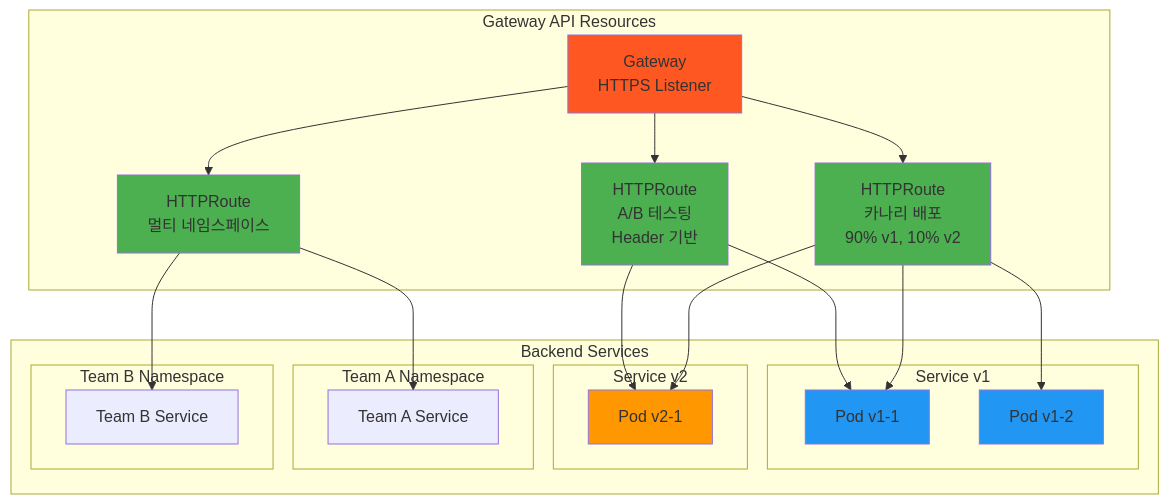
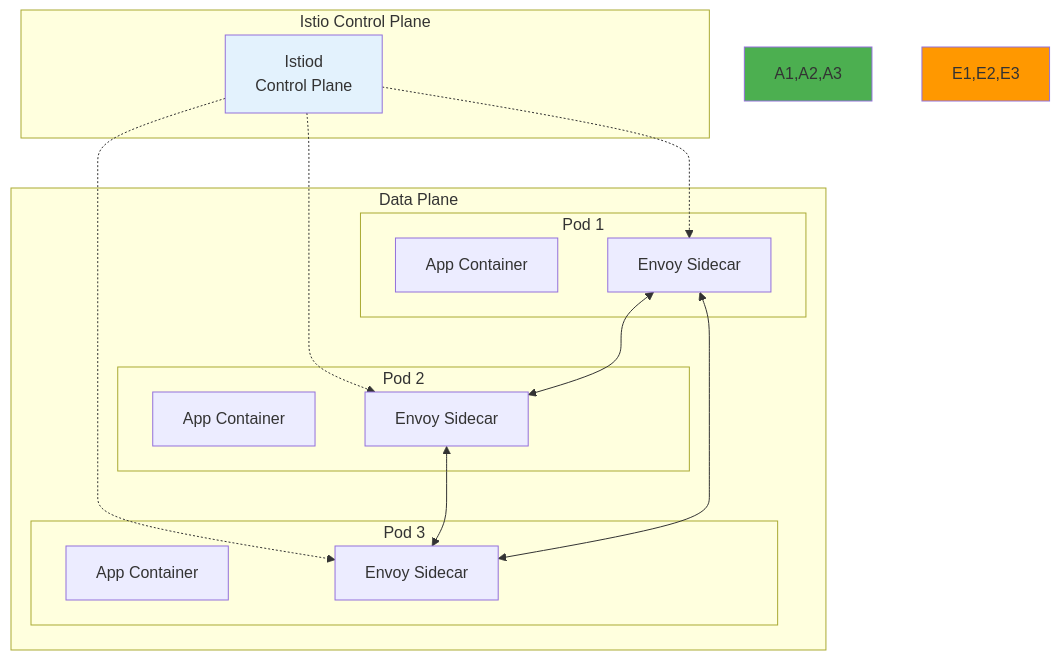
The second of 2 diagrams in theory/week_04/day2/README.md (niceguy61/kdt_devops_lecture_2025), drawn with Mermaid before and after one commit. The commit also changed other lines of this file and 12 other files, not shown here.

````diff
--- a/theory/week_04/day2/README.md
+++ b/theory/week_04/day2/README.md
@@ -311,50 +231,35 @@
 ```mermaid
 graph TB
-    subgraph "Gateway API Resources"
-        GW[Gateway<br/>HTTPS Listener]
-        HR1[HTTPRoute<br/>카나리 배포<br/>90% v1, 10% v2]
-        HR2[HTTPRoute<br/>A/B 테스팅<br/>Header 기반]
-        HR3[HTTPRoute<br/>멀티 네임스페이스]
+    subgraph "Istio Control Plane"
+        Istiod[Istiod<br/>Control Plane]
     end
     
-    subgraph "Backend Services"
-        subgraph "Service v1"
-            S1A[Pod v1-1]
-            S1B[Pod v1-2]
+    subgraph "Data Plane"
+        subgraph "Pod 1"
+            A1[App Container]
+            E1[Envoy Sidecar]
         end
         
-        subgraph "Service v2"
-            S2A[Pod v2-1]
+        subgraph "Pod 2"
+            A2[App Container]
+            E2[Envoy Sidecar]
         end
         
-        subgraph "Team A Namespace"
-            TA[Team A Service]
-        end
-        
-        subgraph "Team B Namespace"
-            TB[Team B Service]
+        subgraph "Pod 3"
+            A3[App Container]
+            E3[Envoy Sidecar]
         end
     end
     
-    GW --> HR1
-    GW --> HR2
-    GW --> HR3
+    Istiod -.-> E1
+    Istiod -.-> E2
+    Istiod -.-> E3
     
-    HR1 --> S1A
-    HR1 --> S1B
-    HR1 --> S2A
+    E1 <--> E2
+    E2 <--> E3
+    E1 <--> E3
     
-    HR2 --> S1A
-    HR2 --> S2A
-    
-    HR3 --> TA
-    HR3 --> TB
-    
-    style GW fill:#ff5722
-    style HR1 fill:#4caf50
-    style HR2 fill:#4caf50
-    style HR3 fill:#4caf50
-    style S1A fill:#2196f3
-    style S1B fill:#2196f3
-    style S2A fill:#ff9800
+    style Istiod fill:#e3f2fd
+    style A1,A2,A3 fill:#4caf50
+    style E1,E2,E3 fill:#ff9800
 ```
````
